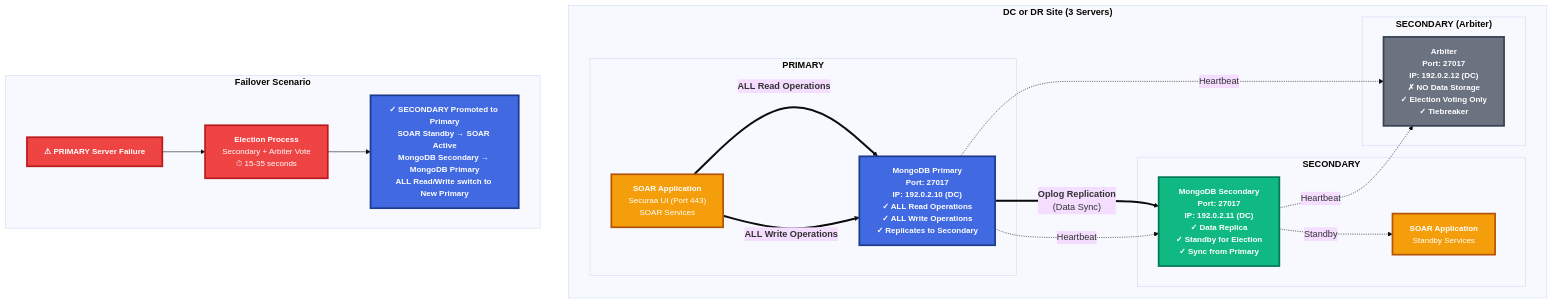
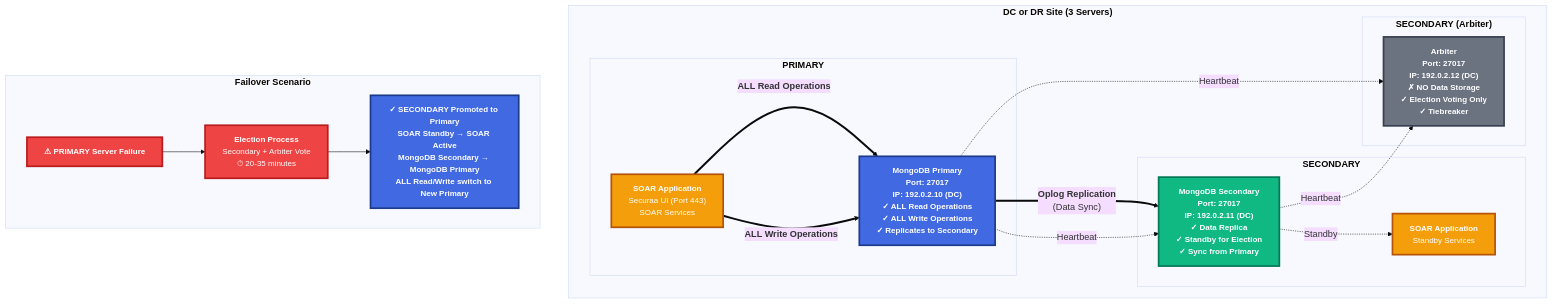
One commit to Karthikhvr/customers-docs changed the second of 12 diagrams in HA_DR_Architecture_Documentation_dt2.md. Above: the diagram before and after it, drawn with Mermaid (base theme). The commit also changed other lines of this file, not shown here.

Commit message:
Updated Incremental backup interval to 1 hr and secondary fail over to 20-35 minutes instead of seconds

````diff
--- a/HA_DR_Architecture_Documentation_dt2.md
+++ b/HA_DR_Architecture_Documentation_dt2.md
@@ -125,49 +125,49 @@
 ```mermaid
 graph TB
     subgraph SITE["<b>DC or DR Site (3 Servers)</b>"]
         subgraph SERVER1["<b>PRIMARY</b>"]
             PRIMARY["<b>MongoDB Primary</b><br/>Port: 27017<br/>IP: 192.0.2.10 (DC)<br/>✓ ALL Read Operations<br/>✓ ALL Write Operations<br/>✓ Replicates to Secondary"]
             SOAR_PRI["<b>SOAR Application</b><br/>Securaa UI (Port 443)<br/>SOAR Services"]
         end
         
         subgraph SERVER2["<b>SECONDARY</b>"]
             SECONDARY1["<b>MongoDB Secondary</b><br/>Port: 27017<br/>IP: 192.0.2.11 (DC)<br/>✓ Data Replica<br/>✓ Standby for Election<br/>✓ Sync from Primary"]
             SOAR_SEC1["<b>SOAR Application</b><br/>Standby Services"]
         end
         
         subgraph SERVER3["<b>SECONDARY (Arbiter)</b>"]
             ARBITER["<b>Arbiter</b><br/>Port: 27017<br/>IP: 192.0.2.12 (DC)<br/>✗ NO Data Storage<br/>✓ Election Voting Only<br/>✓ Tiebreaker"]
         end
         
         SOAR_PRI ==>|"<b>ALL Read Operations</b>"| PRIMARY
         SOAR_PRI ==>|"<b>ALL Write Operations</b>"| PRIMARY
         
         PRIMARY ==>|"<b>Oplog Replication</b><br/>(Data Sync)"| SECONDARY1
         PRIMARY -.->|"Heartbeat"| SECONDARY1
         PRIMARY -.->|"Heartbeat"| ARBITER
         SECONDARY1 -.->|"Heartbeat"| ARBITER
         
         SECONDARY1 -.->|"Standby"| SOAR_SEC1
     end
     
     subgraph FAILOVER["<b>Failover Scenario</b>"]
         FAIL["<b>⚠ PRIMARY Server Failure</b>"]
-        ELECT["<b>Election Process</b><br/>Secondary + Arbiter Vote<br/>⏱ 15-35 seconds"]
+        ELECT["<b>Election Process</b><br/>Secondary + Arbiter Vote<br/>⏱ 20-35 minutes"]
         NEWPRIMARY["<b>✓ SECONDARY Promoted to Primary</b><br/>SOAR Standby → SOAR Active<br/>MongoDB Secondary → MongoDB Primary<br/>ALL Read/Write switch to New Primary"]
         
         FAIL --> ELECT
         ELECT --> NEWPRIMARY
     end
     
     classDef primaryStyle fill:#4169e1,stroke:#1e3a8a,stroke-width:3px,color:#fff,font-size:14px,font-weight:bold
     classDef secondaryStyle fill:#10b981,stroke:#047857,stroke-width:3px,color:#fff,font-size:14px,font-weight:bold
     classDef arbiterStyle fill:#6b7280,stroke:#374151,stroke-width:3px,color:#fff,font-size:14px,font-weight:bold
     classDef soarStyle fill:#f59e0b,stroke:#b45309,stroke-width:3px,color:#fff,font-size:14px
     classDef failoverStyle fill:#ef4444,stroke:#b91c1c,stroke-width:3px,color:#fff,font-size:14px
     
     class PRIMARY,NEWPRIMARY primaryStyle
     class SECONDARY1 secondaryStyle
     class ARBITER arbiterStyle
     class SOAR_PRI,SOAR_SEC1 soarStyle
     class FAIL,ELECT failoverStyle
 ```
````
